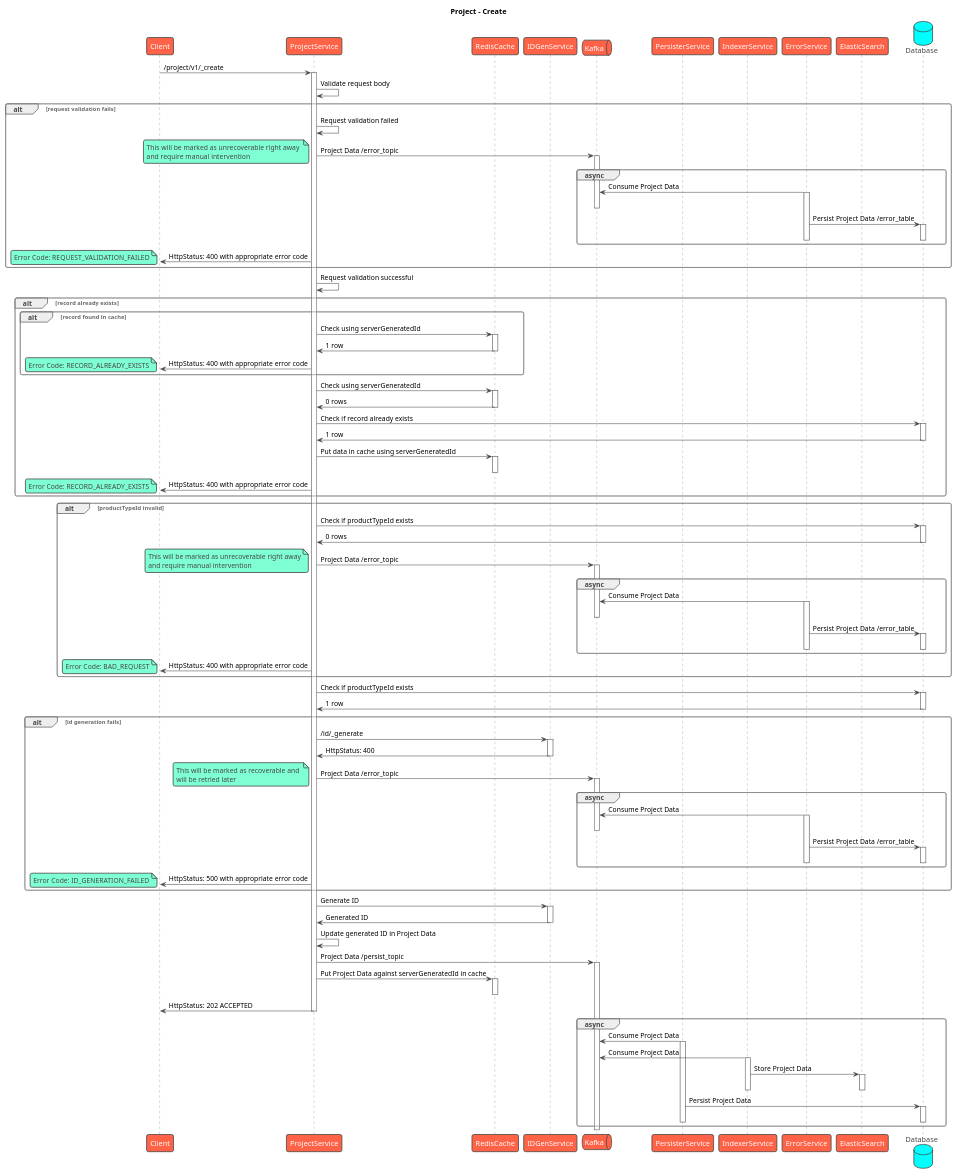
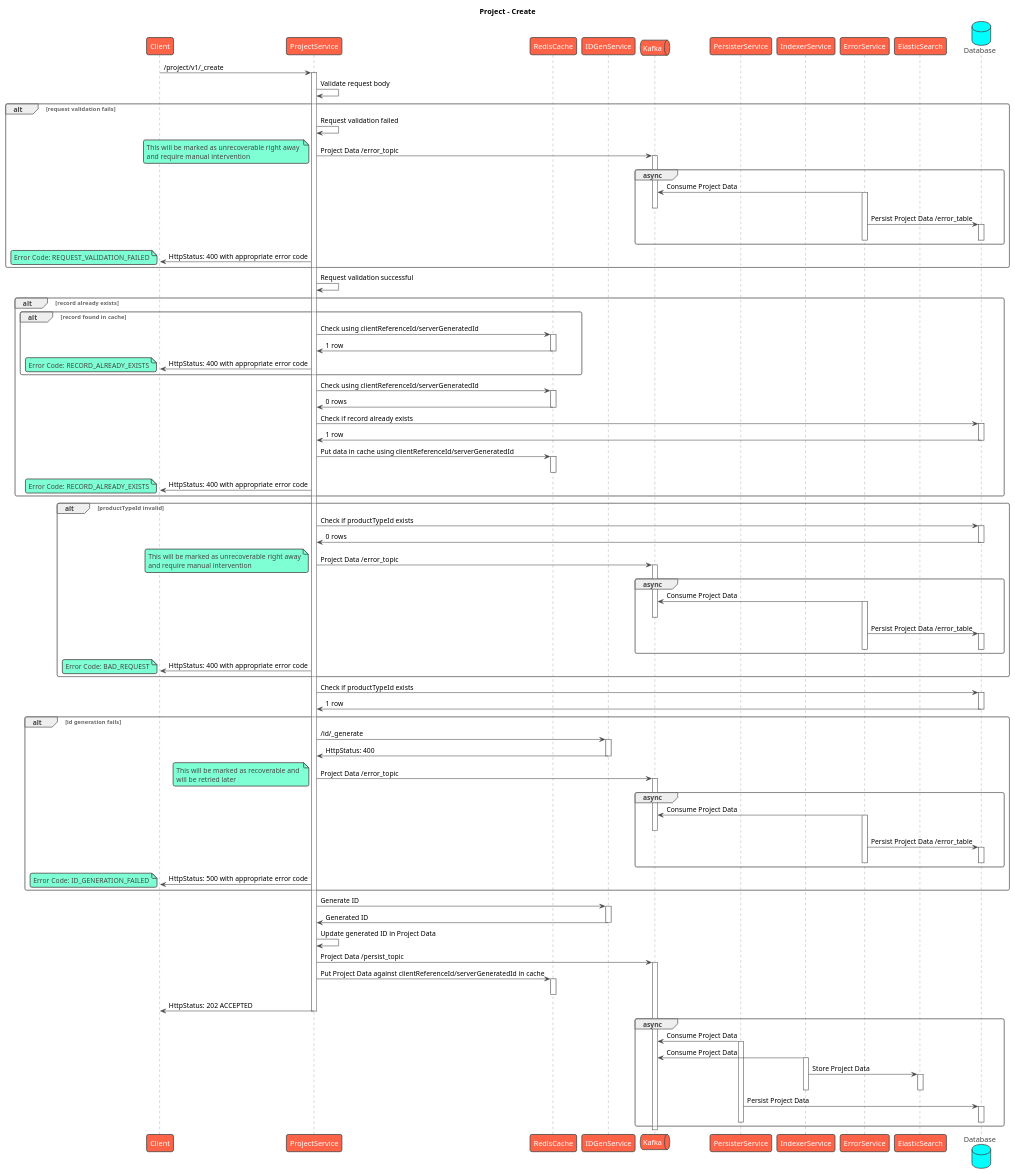
One commit to egovernments/health-api-specs changed the diagram in contracts/project/sequence/create.puml. Above: the diagram before and after it, drawn with PlantUML. The commit also changed 15 other files, not shown here.

First line of the commit message:
Sequence: /project/v1/_search and /project/v1/_update

```diff
--- a/contracts/project/sequence/create.puml
+++ b/contracts/project/sequence/create.puml
@@ -1,148 +1,148 @@
 @startuml
 title Project - Create
 !theme vibrant
 participant Client as c
 participant ProjectService as s
 participant RedisCache as rc
 participant IDGenService as idgen
 queue Kafka as k
 participant PersisterService as prs
 participant IndexerService as idx
 participant ErrorService as es
 participant ElasticSearch as el
 database Database as db
 c -> s : /project/v1/_create
 activate s
 s -> s: Validate request body
 alt request validation fails
     s -> s: Request validation failed
     s -> k: Project Data /error_topic
     note left
         This will be marked as unrecoverable right away 
         and require manual intervention
     end note
     activate k
     group async
         es -> k: Consume Project Data
         activate es
         deactivate k
         es -> db: Persist Project Data /error_table
         activate db
         deactivate db
         deactivate es
     end
     s -> c: HttpStatus: 400 with appropriate error code
     note left
       Error Code: REQUEST_VALIDATION_FAILED
     end note
 end
 s -> s: Request validation successful
 alt record already exists
     alt record found in cache
-      s -> rc: Check using serverGeneratedId
+      s -> rc: Check using clientReferenceId/serverGeneratedId
       activate rc
       rc -> s: 1 row
       deactivate rc
       s -> c: HttpStatus: 400 with appropriate error code
       note left
           Error Code: RECORD_ALREADY_EXISTS
       end note
     end
-    s -> rc: Check using serverGeneratedId
+    s -> rc: Check using clientReferenceId/serverGeneratedId
     activate rc
     rc -> s: 0 rows
     deactivate rc
     s -> db: Check if record already exists
     activate db
     db -> s: 1 row
     deactivate db
-    s -> rc: Put data in cache using serverGeneratedId
+    s -> rc: Put data in cache using clientReferenceId/serverGeneratedId
     activate rc
     deactivate rc
     s -> c: HttpStatus: 400 with appropriate error code
     note left
         Error Code: RECORD_ALREADY_EXISTS
     end note
 end
 alt productTypeId invalid
     s -> db: Check if productTypeId exists
     activate db
     db -> s: 0 rows
     deactivate db
     s -> k: Project Data /error_topic
     note left
         This will be marked as unrecoverable right away
         and require manual intervention
     end note
     activate k
     group async
         es -> k: Consume Project Data
         activate es
         deactivate k
         es -> db: Persist Project Data /error_table
         activate db
         deactivate db
         deactivate es
     end
     s -> c: HttpStatus: 400 with appropriate error code
     note left
       Error Code: BAD_REQUEST
     end note
 end
 s -> db: Check if productTypeId exists
 activate db
 db -> s: 1 row
 deactivate db
 alt id generation fails
     s -> idgen: /id/_generate
     activate idgen
     idgen -> s: HttpStatus: 400
     deactivate idgen
     s -> k: Project Data /error_topic
     note left
         This will be marked as recoverable and 
         will be retried later
     end note
     activate k
     group async
         es -> k: Consume Project Data
         activate es
         deactivate k
         es -> db: Persist Project Data /error_table
         activate db
         deactivate db
         deactivate es
     end
     s -> c: HttpStatus: 500 with appropriate error code
     note left
       Error Code: ID_GENERATION_FAILED
     end note
 end
 s -> idgen: Generate ID
 activate idgen
 idgen -> s: Generated ID
 deactivate idgen
 s -> s: Update generated ID in Project Data
 s -> k: Project Data /persist_topic
 activate k
-s -> rc: Put Project Data against serverGeneratedId in cache
+s -> rc: Put Project Data against clientReferenceId/serverGeneratedId in cache
 activate rc
 deactivate rc
 s -> c: HttpStatus: 202 ACCEPTED
 deactivate s
 group async
     prs -> k: Consume Project Data
     activate prs
     idx -> k: Consume Project Data
     activate idx
     idx -> el: Store Project Data
     activate el
     deactivate el
     deactivate idx
     prs -> db: Persist Project Data
     activate db
     deactivate db
     deactivate prs
 end
 deactivate k
 @enduml
```
